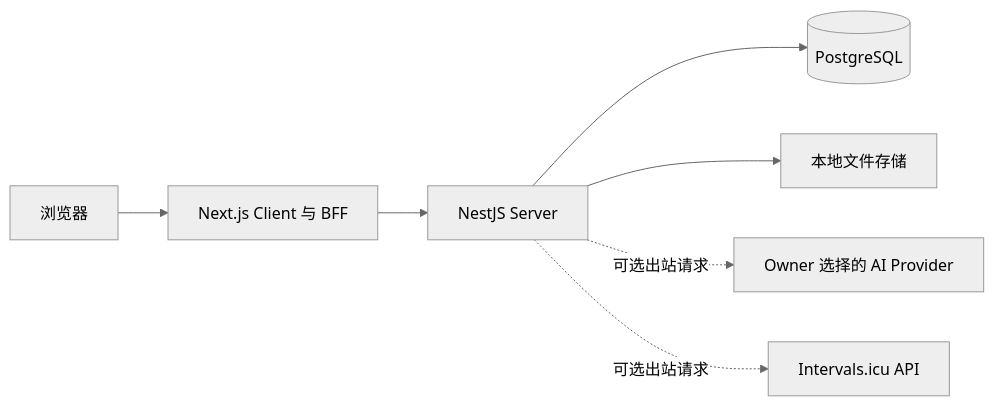
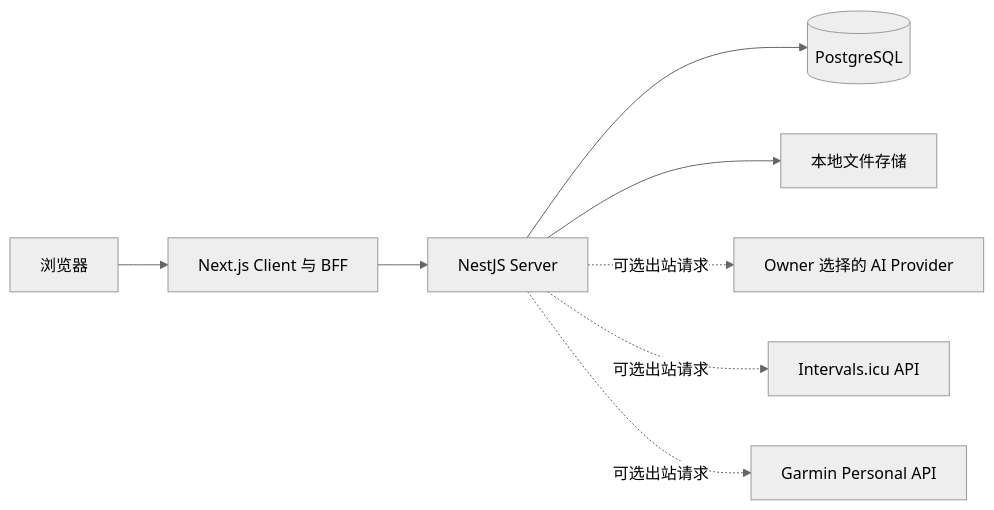
Before and after one commit to trainingload-ai/trainingloadai: the diagram in README_ZH.md, drawn with Mermaid (neutral theme). The commit also changed other lines of this file and 1 other file, not shown here.

First line of the commit message:
docs(readme): align Self-host boundaries with Garmin Personal API

````diff
--- a/README_ZH.md
+++ b/README_ZH.md
@@ -86,9 +86,10 @@
 ```mermaid
 flowchart LR
     Browser[浏览器] --> Client[Next.js Client 与 BFF]
     Client --> Server[NestJS Server]
     Server --> Database[(PostgreSQL)]
     Server --> Files[本地文件存储]
     Server -. 可选出站请求 .-> AI[Owner 选择的 AI Provider]
     Server -. 可选出站请求 .-> Intervals[Intervals.icu API]
+    Server -. 可选出站请求 .-> Garmin[Garmin Personal API]
 ```
````
